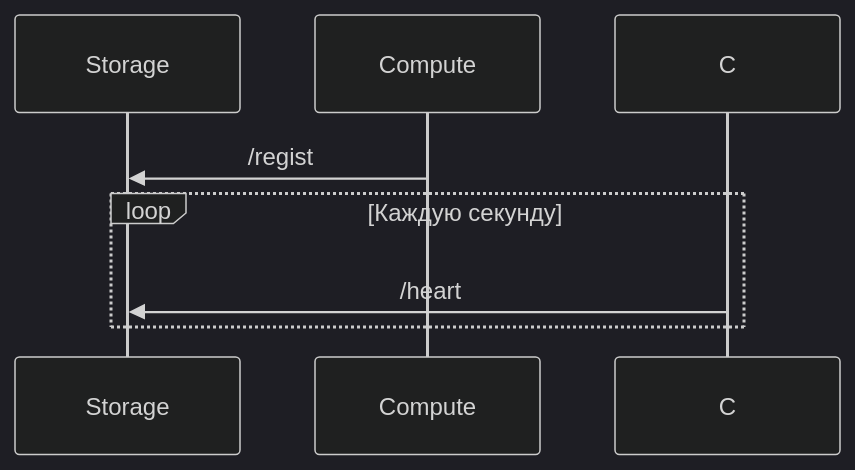
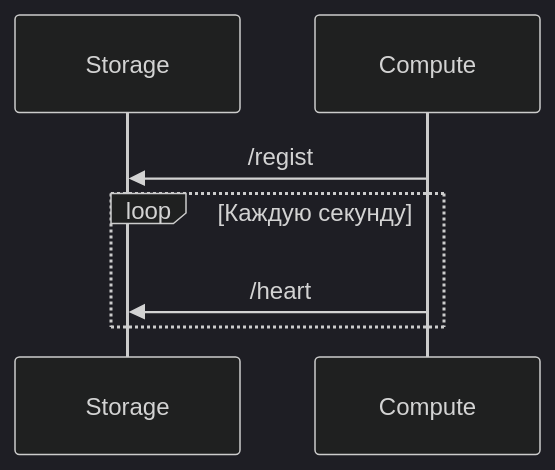
The diagram in README.md (XJIeI5/calculator), drawn with Mermaid (dark theme) before and after one commit.

````diff
--- a/README.md
+++ b/README.md
@@ -156,9 +156,9 @@
 ```mermaid
 sequenceDiagram;
   participant S as Storage;
   participant C as Compute;
   C->>S: /regist;
   loop Каждую секунду;
-  С->>S: /heart;
+  C->>S: /heart;
   end;
 ```
````
